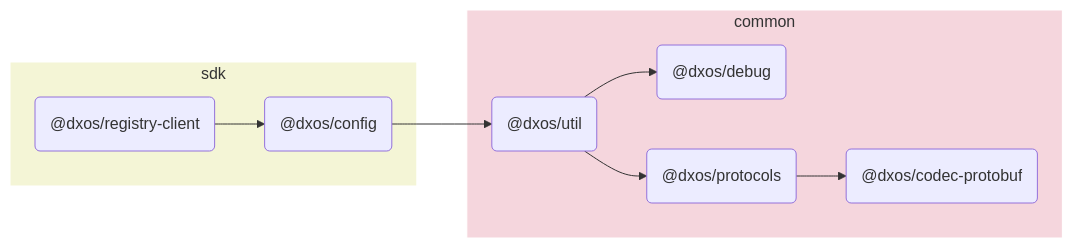
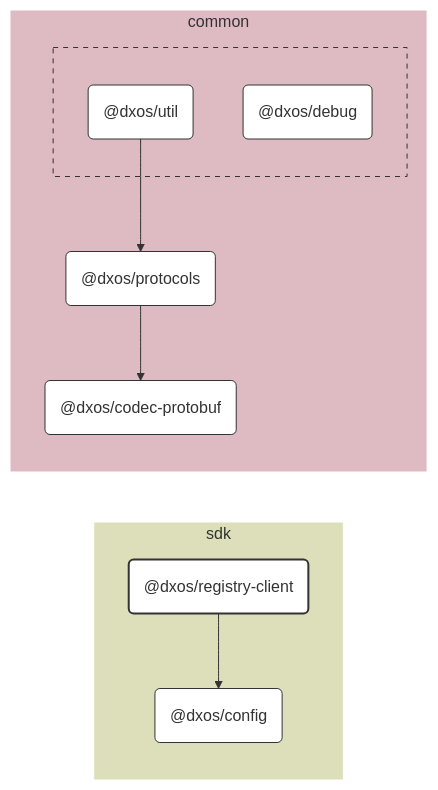
Before and after one commit to dxos/dxos: the diagram in packages/sdk/registry-client/docs/README.md, drawn with Mermaid. The commit also changed other lines of this file and 109 other files, not shown here.

````diff
--- a/packages/sdk/registry-client/docs/README.md
+++ b/packages/sdk/registry-client/docs/README.md
@@ -5,23 +7,53 @@
 ```mermaid
-flowchart LR;
+%%{ init: {'flowchart':{'curve':'basis'}} }%%
 
+flowchart LR
+
+%% Links
+dxos/protocols --> dxos/codec-protobuf;
+dxos/registry-client --> dxos/config;
+dxos/util --> dxos/protocols;
+
+%% Sections
 subgraph sdk
-  style sdk fill:#f4f5d6,stroke:#fff;
-  dxos/registry-client("@dxos/registry-client");
-  dxos/config("@dxos/config");
+  style sdk fill:#dddeba,stroke:#fff;
+
+  dxos/config("@dxos/config")
+  dxos/registry-client("@dxos/registry-client")
 end
 
 subgraph common
-  style common fill:#f5d6dd,stroke:#fff;
-  dxos/codec-protobuf("@dxos/codec-protobuf");
-  dxos/debug("@dxos/debug");
-  dxos/protocols("@dxos/protocols");
-  dxos/util("@dxos/util");
+  style common fill:#debac2,stroke:#fff;
+
+  dxos/codec-protobuf("@dxos/codec-protobuf")
+  dxos/protocols("@dxos/protocols")
+
+  subgraph common-excluded [ ]
+    style common-excluded fill:#debac2,stroke:#333,stroke-dasharray:5 5;
+
+    dxos/debug("@dxos/debug")
+    dxos/util("@dxos/util")
+  end
 end
 
-dxos/registry-client --> dxos/config;
-dxos/protocols --> dxos/codec-protobuf;
-dxos/config --> dxos/util;
-dxos/util --> dxos/debug;
-dxos/util --> dxos/protocols;
+
+%% Hyperlinks
+click dxos/codec-protobuf href "https:/github.com/dxos/dxos/tree/main/packages/common/codec-protobuf/docs";
+click dxos/config href "https:/github.com/dxos/dxos/tree/main/packages/sdk/config/docs";
+click dxos/debug href "https:/github.com/dxos/dxos/tree/main/packages/common/debug/docs";
+click dxos/protocols href "https:/github.com/dxos/dxos/tree/main/packages/common/protocols/docs";
+click dxos/util href "https:/github.com/dxos/dxos/tree/main/packages/common/util/docs";
+
+%% Styles
+classDef rootNode fill:#fff,stroke:#333,stroke-width:2px
+classDef defaultNode fill:#fff,stroke:#333,stroke-width:1px
+linkStyle default stroke:#333,stroke-width:1px
+
+dxos/registry-client:::rootNode
+
+dxos/codec-protobuf:::defaultNode
+dxos/config:::defaultNode
+dxos/debug:::defaultNode
+dxos/protocols:::defaultNode
+dxos/util:::defaultNode
 ```
````
